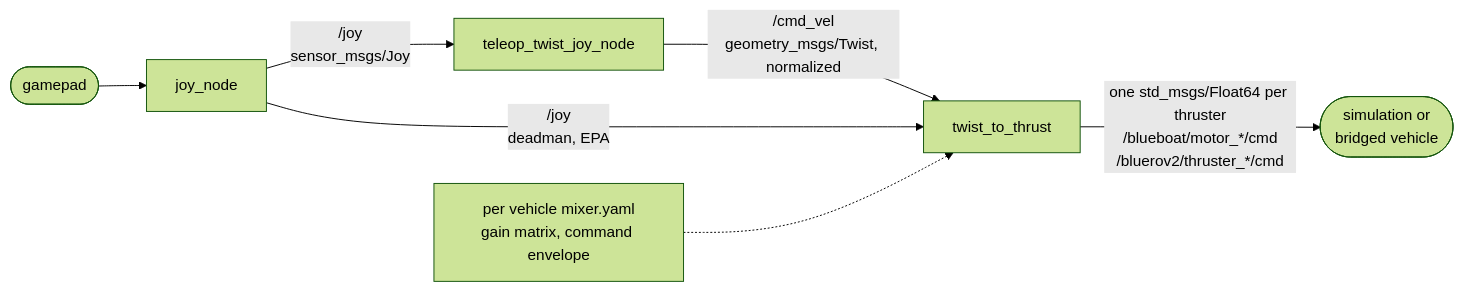
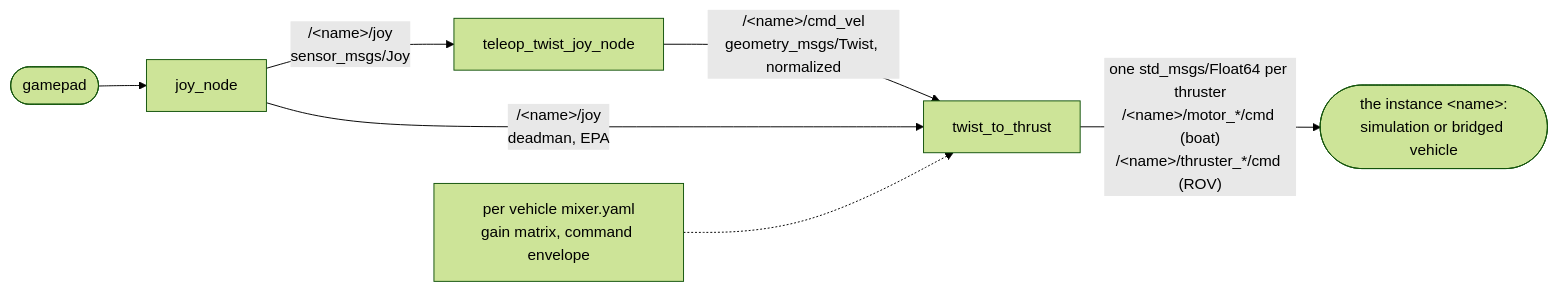
Before and after one commit to HonuRobotics/bluerobotics_models: the diagram in docs/how-to/teleop.md, drawn with Mermaid (forest theme). The commit also changed other lines of this file and 9 other files, not shown here.

Commit message:
Bind the teleop stack to one vehicle instance by name (#65)

````diff
--- a/docs/how-to/teleop.md
+++ b/docs/how-to/teleop.md
@@ -12,9 +15,9 @@
 ```{mermaid}
 flowchart LR
   PAD(["gamepad"]) --> JOY["joy_node"]
-  JOY -- "/joy<br/>sensor_msgs/Joy" --> TTJ["teleop_twist_joy_node"]
-  TTJ -- "/cmd_vel<br/>geometry_msgs/Twist, normalized" --> MIX["twist_to_thrust"]
-  JOY -- "/joy<br/>deadman, EPA" --> MIX
+  JOY -- "/&lt;name&gt;/joy<br/>sensor_msgs/Joy" --> TTJ["teleop_twist_joy_node"]
+  TTJ -- "/&lt;name&gt;/cmd_vel<br/>geometry_msgs/Twist, normalized" --> MIX["twist_to_thrust"]
+  JOY -- "/&lt;name&gt;/joy<br/>deadman, EPA" --> MIX
   CFG["per vehicle mixer.yaml<br/>gain matrix, command envelope"] -.-> MIX
-  MIX -- "one std_msgs/Float64 per thruster<br/>/blueboat/motor_*/cmd<br/>/bluerov2/thruster_*/cmd" --> OUT(["simulation or<br/>bridged vehicle"])
+  MIX -- "one std_msgs/Float64 per thruster<br/>/&lt;name&gt;/motor_*/cmd (boat)<br/>/&lt;name&gt;/thruster_*/cmd (ROV)" --> OUT(["the instance &lt;name&gt;:<br/>simulation or bridged vehicle"])
 ```
````
